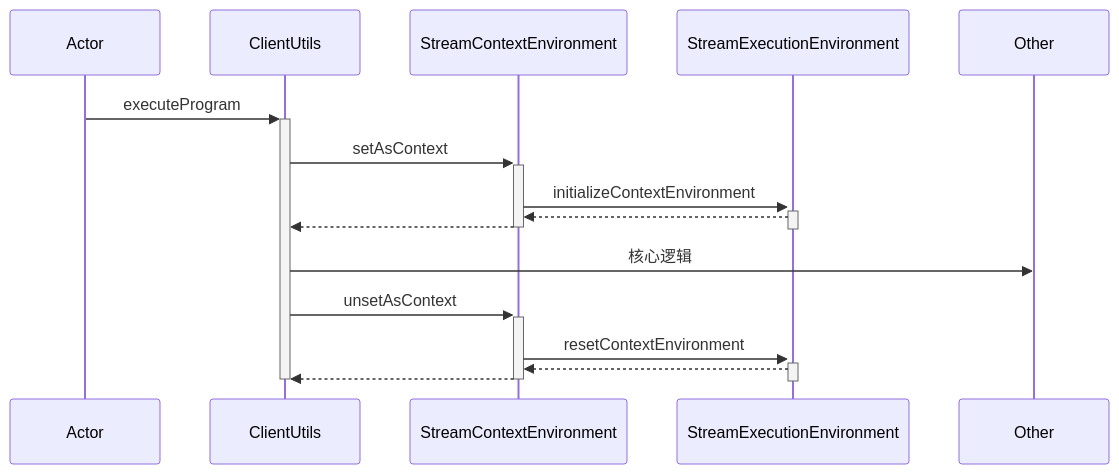
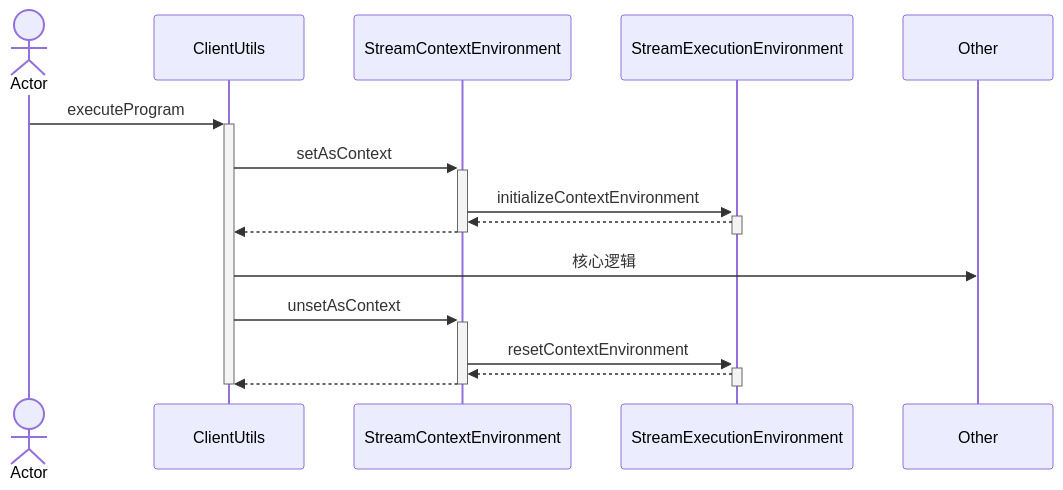
One commit to thq827540415/God changed the diagram in README.md. Above: the diagram before and after it, drawn with Mermaid.

````diff
--- a/README.md
+++ b/README.md
@@ -102,19 +102,19 @@
 ```mermaid
 sequenceDiagram
-		participant a as Actor
+		actor a as Actor
     participant cu as ClientUtils
     participant sce as StreamContextEnvironment
     participant see as StreamExecutionEnvironment
     participant o as Other
     a->>+cu: executeProgram
     cu->>+sce: setAsContext
     sce->>+see: initializeContextEnvironment
     see-->>-sce: 
     sce-->>-cu: 
     cu->>o: 核心逻辑
     cu->>+sce: unsetAsContext
     sce->>+see: resetContextEnvironment
     see-->>-sce: 
     sce-->>-cu: 
     deactivate cu
 ```
````
